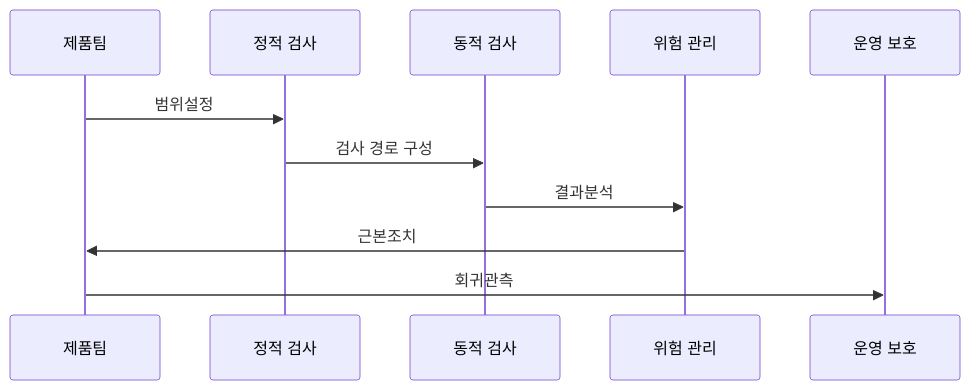
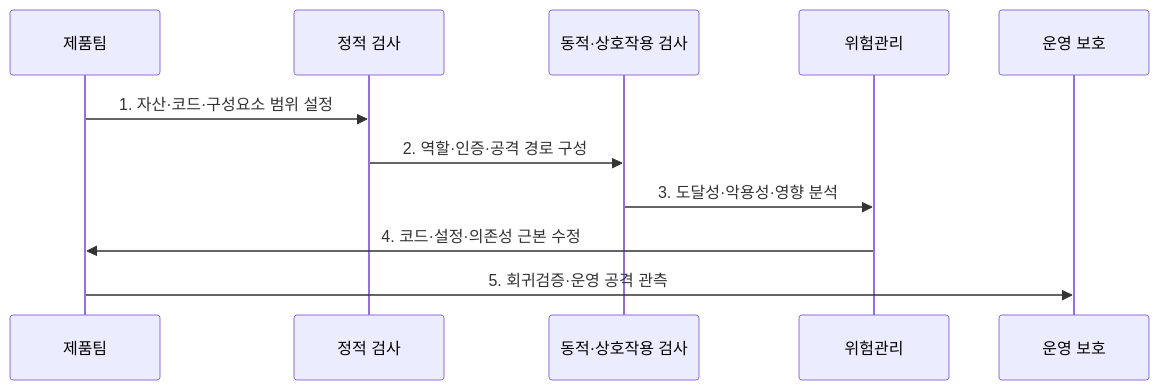
One commit to agnusdei1207/knowledge-base changed the second of 2 diagrams in src/content/docs/notes/05-security/145_sast_dast_iast_rasp.md. Above: the diagram before and after it, drawn with Mermaid. The commit also changed other lines of this file and 6 other files, not shown here.

````diff
--- a/src/content/docs/notes/05-security/145_sast_dast_iast_rasp.md
+++ b/src/content/docs/notes/05-security/145_sast_dast_iast_rasp.md
@@ -80,13 +79,13 @@
 ```mermaid
 sequenceDiagram
-    participant T as 제품팀
-    participant S as 정적 검사
-    participant D as 동적 검사
-    participant R as 위험 관리
-    participant O as 운영 보호
-    T->>S: 범위설정
-    S->>D: 검사 경로 구성
-    D->>R: 결과분석
-    R->>T: 근본조치
-    T->>O: 회귀관측
+  participant T as 제품팀
+  participant S as 정적 검사
+  participant D as 동적·상호작용 검사
+  participant R as 위험관리
+  participant O as 운영 보호
+  T->>S: 1. 자산·코드·구성요소 범위 설정
+  S->>D: 2. 역할·인증·공격 경로 구성
+  D->>R: 3. 도달성·악용성·영향 분석
+  R->>T: 4. 코드·설정·의존성 근본 수정
+  T->>O: 5. 회귀검증·운영 공격 관측
 ```
````
